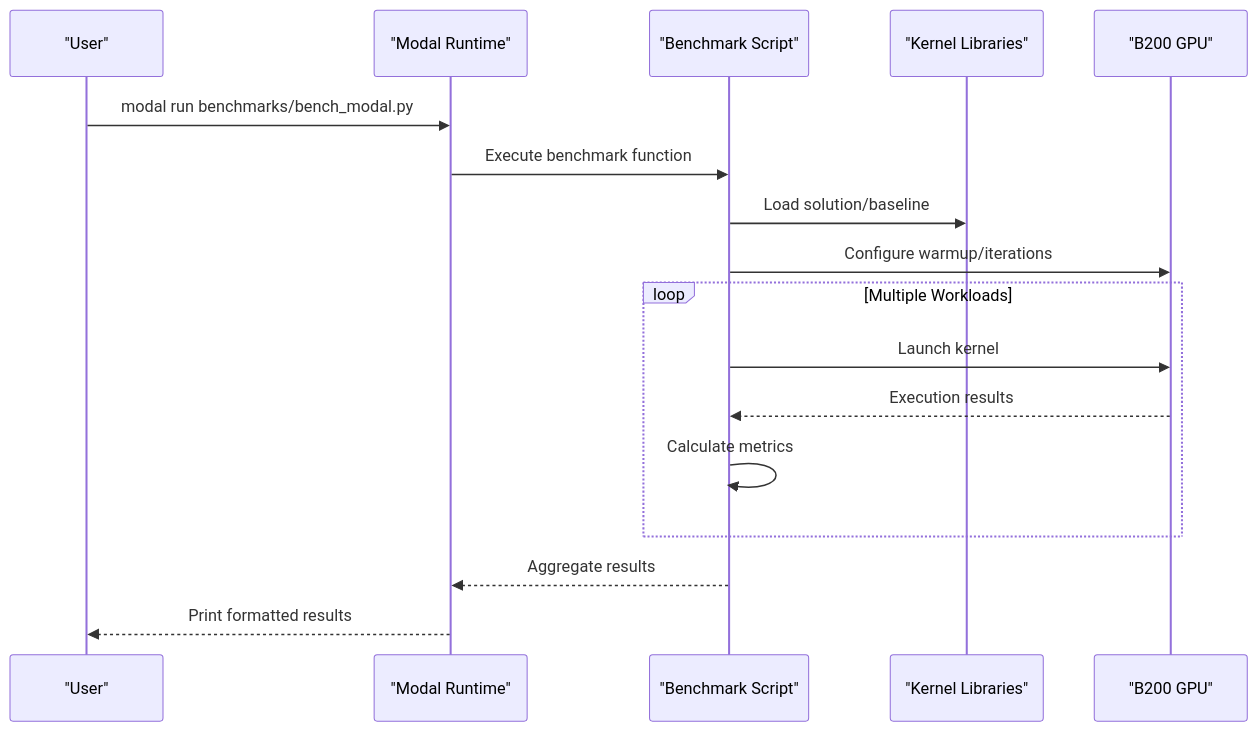
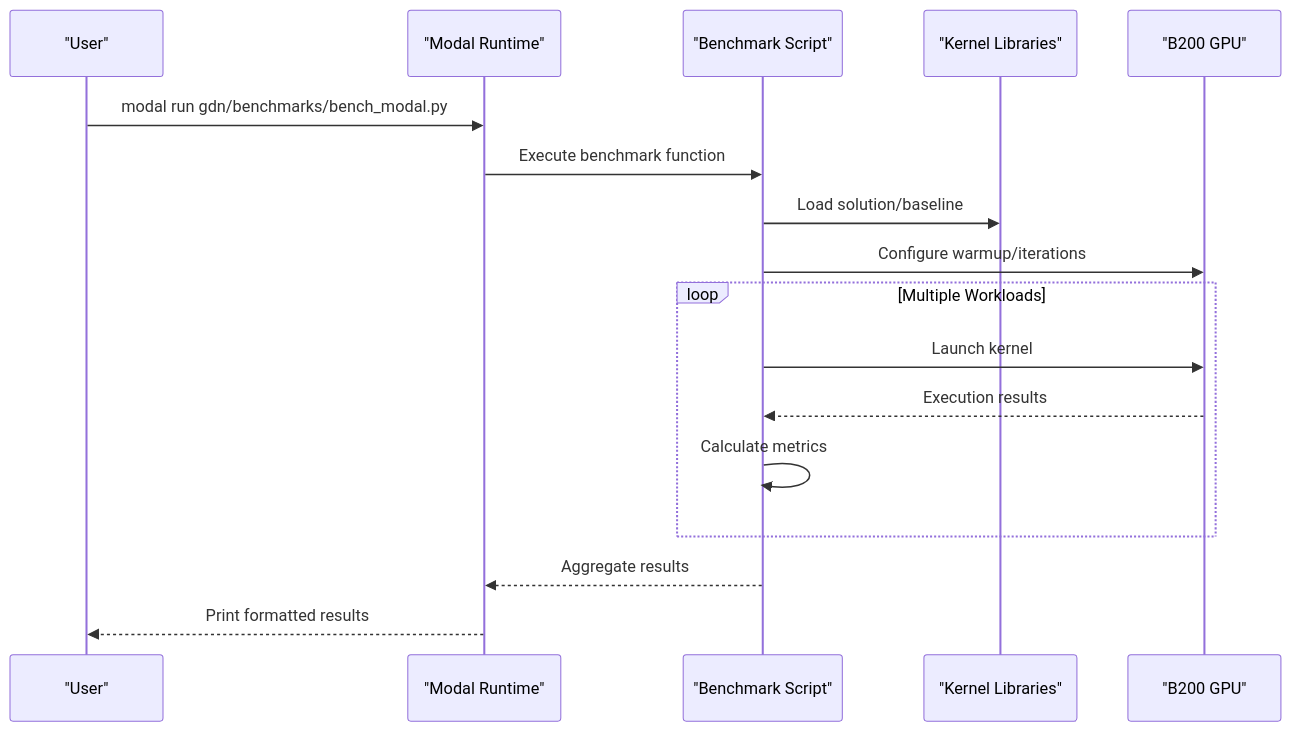
Before and after one commit to gugudeshubao/flashinfer-bench-tma-thrust: the ninth of 10 diagrams in .qoder/repowiki/en/content/Optimization Strategies/Optimization Tracking Log.md, drawn with Mermaid. The commit also changed other lines of this file and 23 other files, not shown here.

````diff
--- a/.qoder/repowiki/en/content/Optimization Strategies/Optimization Tracking Log.md
+++ b/.qoder/repowiki/en/content/Optimization Strategies/Optimization Tracking Log.md
@@ -536,19 +512,19 @@
 ```mermaid
 sequenceDiagram
 participant User as "User"
 participant Modal as "Modal Runtime"
 participant Bench as "Benchmark Script"
 participant Kernels as "Kernel Libraries"
 participant GPU as "B200 GPU"
-User->>Modal : modal run benchmarks/bench_modal.py
+User->>Modal : modal run gdn/benchmarks/bench_modal.py
 Modal->>Bench : Execute benchmark function
 Bench->>Kernels : Load solution/baseline
 Bench->>GPU : Configure warmup/iterations
 loop Multiple Workloads
 Bench->>GPU : Launch kernel
 GPU-->>Bench : Execution results
 Bench->>Bench : Calculate metrics
 end
 Bench-->>Modal : Aggregate results
 Modal-->>User : Print formatted results
 ```
````
